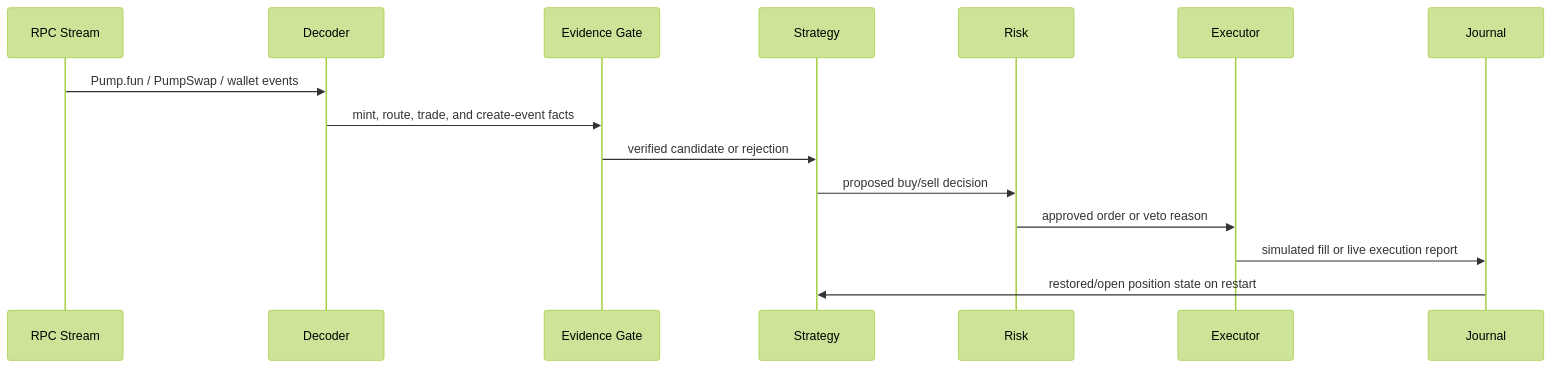
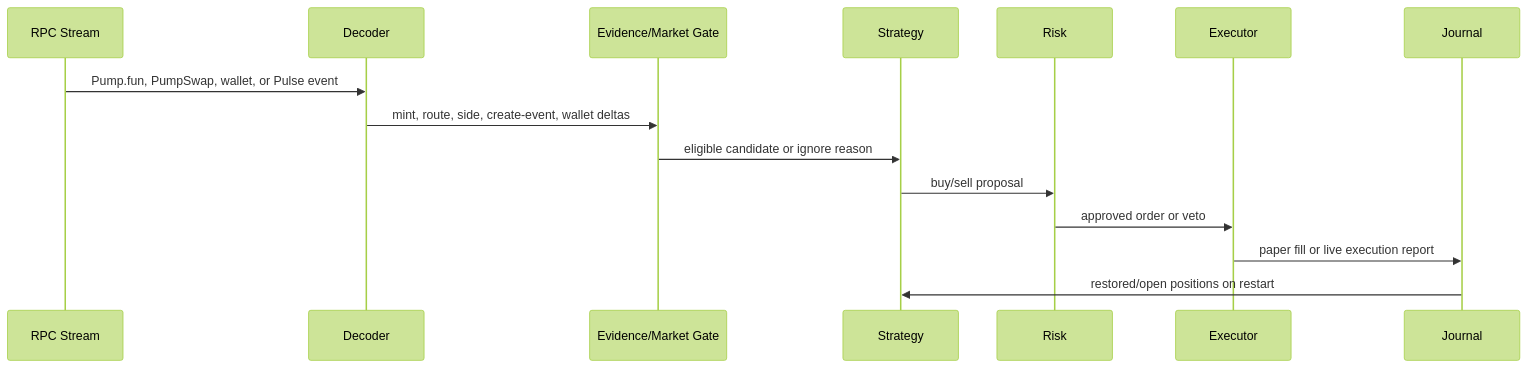
The second of 2 diagrams in frontend/docs.md (jxstme22/catarnithh), drawn with Mermaid (forest theme) before and after one commit. The commit also changed other lines of this file and 4 other files, not shown here.

````diff
--- a/frontend/docs.md
+++ b/frontend/docs.md
@@ -218,18 +65,18 @@
 ```mermaid
 sequenceDiagram
     participant Stream as RPC Stream
     participant Decode as Decoder
-    participant Gate as Evidence Gate
+    participant Gate as Evidence/Market Gate
     participant Strategy as Strategy
     participant Risk as Risk
     participant Exec as Executor
     participant Journal as Journal
 
-    Stream->>Decode: Pump.fun / PumpSwap / wallet events
-    Decode->>Gate: mint, route, trade, and create-event facts
-    Gate->>Strategy: verified candidate or rejection
-    Strategy->>Risk: proposed buy/sell decision
-    Risk->>Exec: approved order or veto reason
-    Exec->>Journal: simulated fill or live execution report
-    Journal->>Strategy: restored/open position state on restart
+    Stream->>Decode: Pump.fun, PumpSwap, wallet, or Pulse event
+    Decode->>Gate: mint, route, side, create-event, wallet deltas
+    Gate->>Strategy: eligible candidate or ignore reason
+    Strategy->>Risk: buy/sell proposal
+    Risk->>Exec: approved order or veto
+    Exec->>Journal: paper fill or live execution report
+    Journal->>Strategy: restored/open positions on restart
 ```
````
